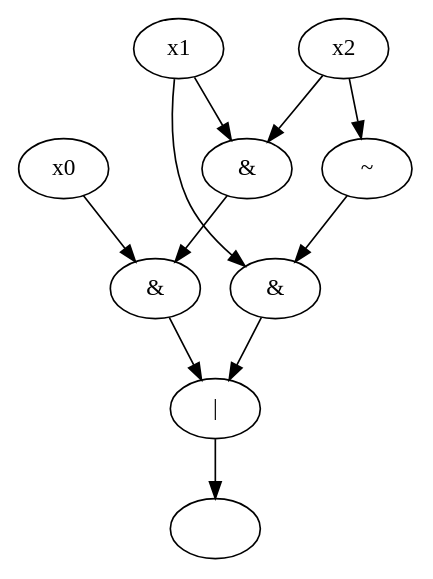
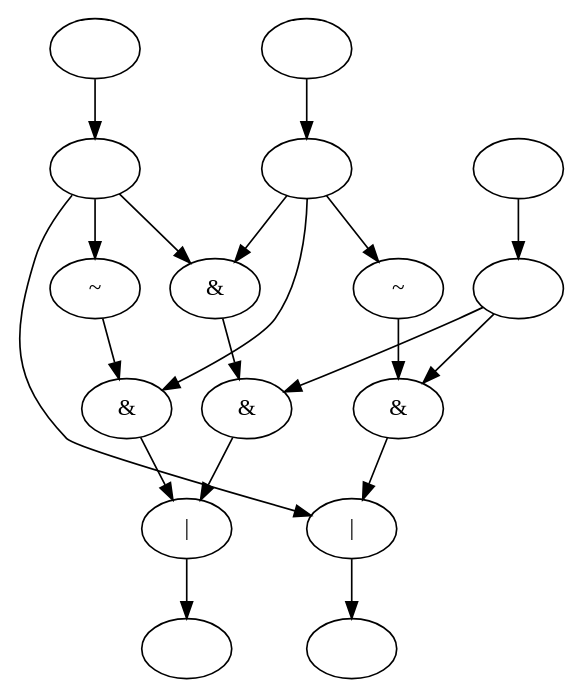
The diagram in temp.dot (Mieow-ai/Directed-Graph-Boolean-Circuit-Simulator), drawn with Graphviz before and after one commit. The commit also changed 6 other files, not shown here.

```diff
--- a/temp.dot
+++ b/temp.dot
@@ -1,21 +1,37 @@
 Digraph G {
 0 [label="|",isInput=False,isOutput=False];
 1 [label="",isInput=False,isOutput=True];
 2 [label="&",isInput=False,isOutput=False];
-3 [label="x0",isInput=False,isOutput=False];
+3 [label="",isInput=False,isOutput=False];
 4 [label="&",isInput=False,isOutput=False];
-5 [label="x1",isInput=False,isOutput=False];
-6 [label="x2",isInput=False,isOutput=False];
+5 [label="",isInput=False,isOutput=False];
+6 [label="",isInput=False,isOutput=False];
 7 [label="&",isInput=False,isOutput=False];
 9 [label="~",isInput=False,isOutput=False];
+11 [label="|",isInput=False,isOutput=False];
+12 [label="",isInput=False,isOutput=True];
+13 [label="&",isInput=False,isOutput=False];
+15 [label="~",isInput=False,isOutput=False];
+16 [label="",isInput=True,isOutput=False];
+17 [label="",isInput=True,isOutput=False];
+18 [label="",isInput=True,isOutput=False];
 0 -> 1;
 2 -> 0;
 3 -> 2;
+3 -> 13;
 4 -> 2;
 5 -> 4;
 5 -> 7;
+5 -> 15;
 6 -> 4;
 6 -> 9;
+6 -> 11;
 7 -> 0;
 9 -> 7;
+11 -> 12;
+13 -> 11;
+15 -> 13;
+16 -> 3;
+17 -> 5;
+18 -> 6;
 }
```
